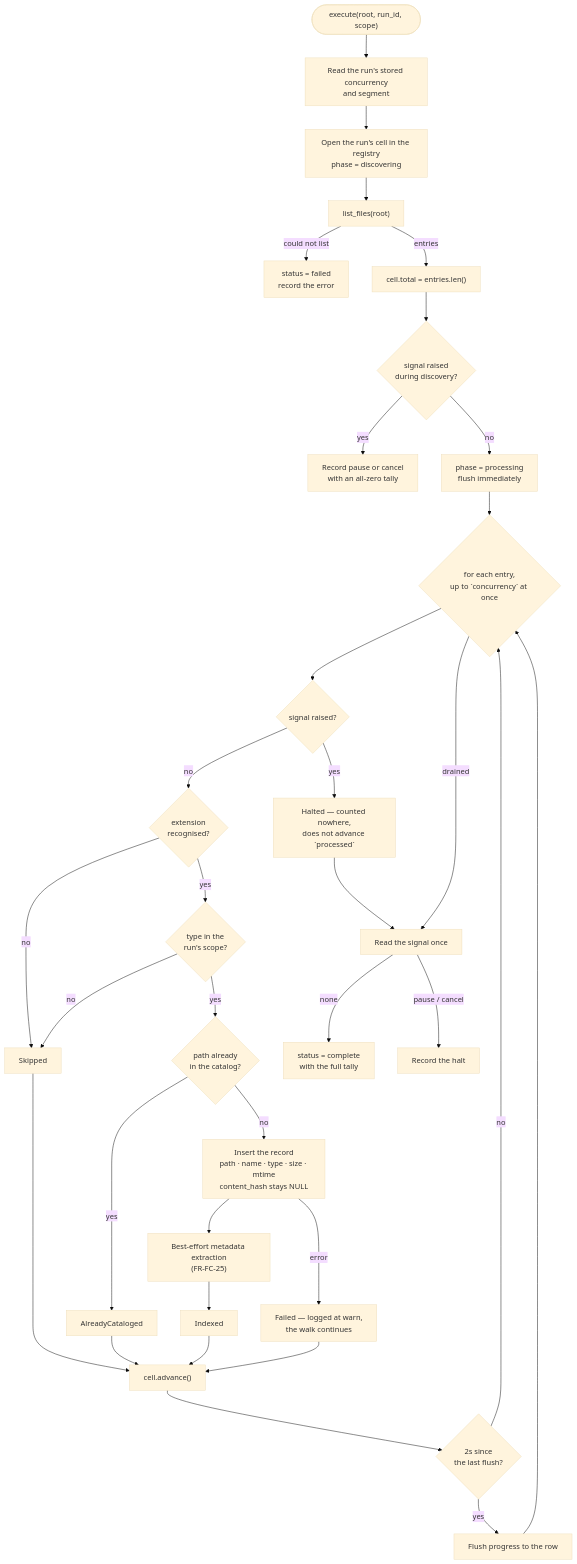
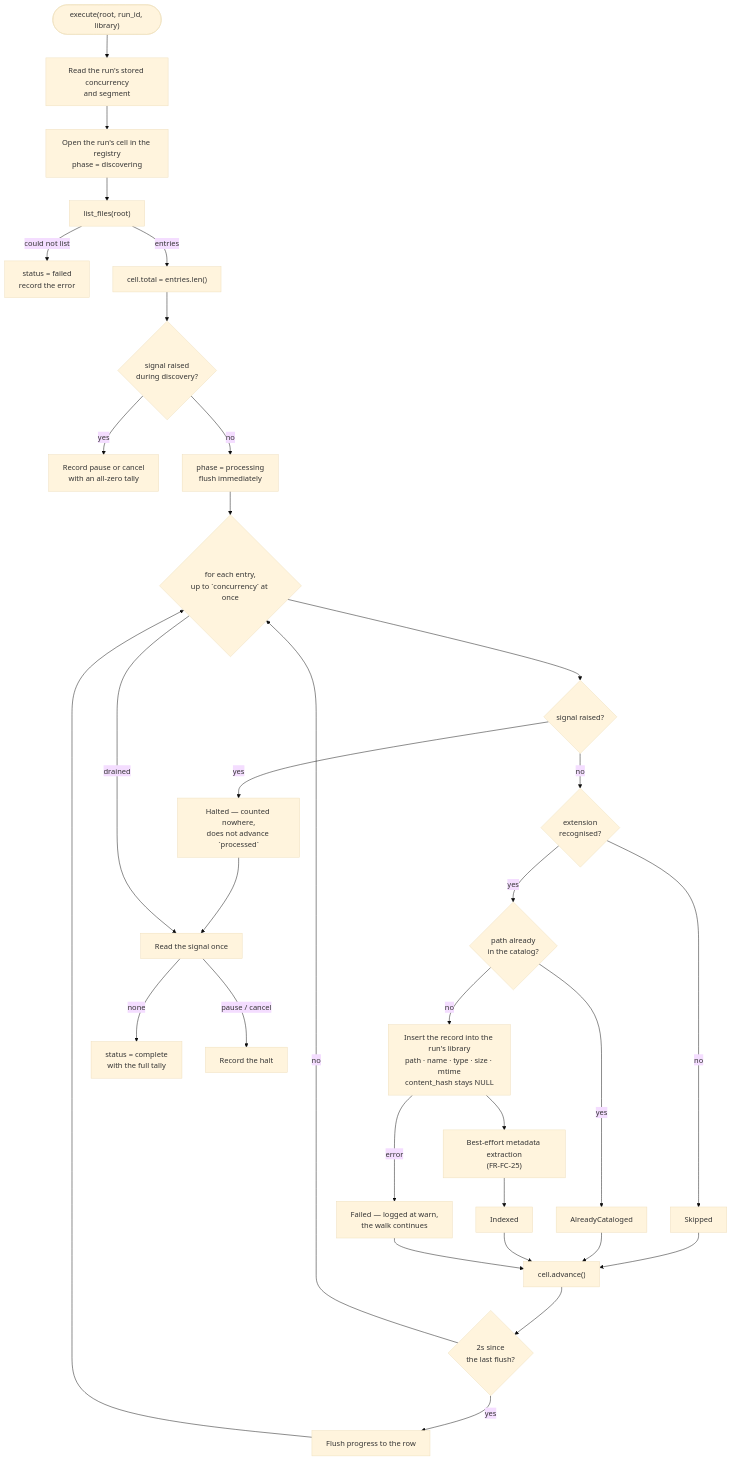
Before and after one commit to artur-rios/alexandria-api: the fifth of 12 diagrams in docs/System Behavior Document.md, drawn with Mermaid (base theme). The commit also changed other lines of this file and 24 other files, not shown here.

````diff
--- a/docs/System Behavior Document.md
+++ b/docs/System Behavior Document.md
@@ -380,39 +387,37 @@
 ```mermaid
 flowchart TD
-    START(["execute(root, run_id, scope)"]) --> READ["Read the run's stored concurrency<br/>and segment"]
+    START(["execute(root, run_id, library)"]) --> READ["Read the run's stored concurrency<br/>and segment"]
     READ --> OPEN["Open the run's cell in the registry<br/>phase = discovering"]
     OPEN --> LIST["list_files(root)"]
     LIST -->|"could not list"| FAIL["status = failed<br/>record the error"]
     LIST -->|"entries"| TOTAL["cell.total = entries.len()"]
     TOTAL --> SIG1{"signal raised<br/>during discovery?"}
     SIG1 -->|"yes"| HALT1["Record pause or cancel<br/>with an all-zero tally"]
     SIG1 -->|"no"| PROC["phase = processing<br/>flush immediately"]
 
     PROC --> LOOP{"for each entry,<br/>up to `concurrency` at once"}
     LOOP --> SIG2{"signal raised?"}
     SIG2 -->|"yes"| DRAIN["Halted — counted nowhere,<br/>does not advance `processed`"]
     SIG2 -->|"no"| CLASS{"extension<br/>recognised?"}
     CLASS -->|"no"| SKIP["Skipped"]
-    CLASS -->|"yes"| SCOPE{"type in the<br/>run's scope?"}
-    SCOPE -->|"no"| SKIP
-    SCOPE -->|"yes"| SEEN{"path already<br/>in the catalog?"}
+    CLASS -->|"yes"| SEEN{"path already<br/>in the catalog?"}
     SEEN -->|"yes"| ALREADY["AlreadyCataloged"]
-    SEEN -->|"no"| INS["Insert the record<br/>path · name · type · size · mtime<br/>content_hash stays NULL"]
+    SEEN -->|"no"| INS["Insert the record into the run's library<br/>path · name · type · size · mtime<br/>content_hash stays NULL"]
     INS --> META["Best-effort metadata extraction<br/>(FR-FC-25)"]
     META --> IDX["Indexed"]
     INS -->|"error"| BAD["Failed — logged at warn,<br/>the walk continues"]
 
     SKIP --> ADV["cell.advance()"]
     ALREADY --> ADV
     IDX --> ADV
     BAD --> ADV
     ADV --> FLUSH{"2s since<br/>the last flush?"}
     FLUSH -->|"yes"| WRITE["Flush progress to the row"]
     FLUSH -->|"no"| LOOP
     WRITE --> LOOP
 
     DRAIN --> END
     LOOP -->|"drained"| END["Read the signal once"]
     END -->|"none"| DONE["status = complete<br/>with the full tally"]
     END -->|"pause / cancel"| HALT2["Record the halt"]
 ```
````
